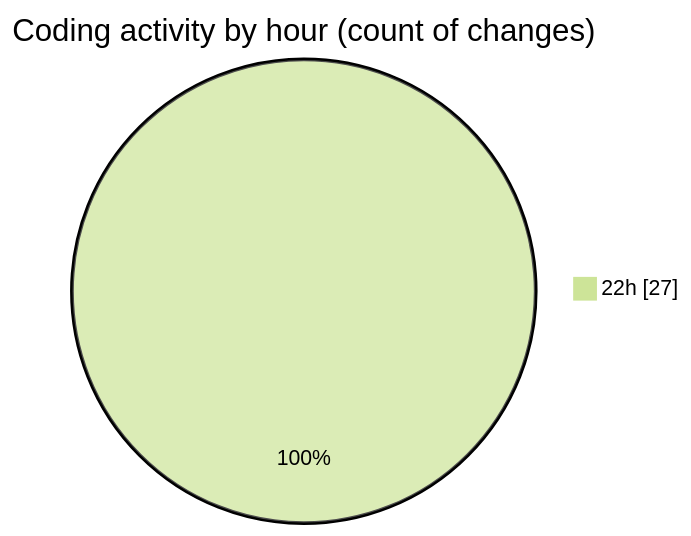
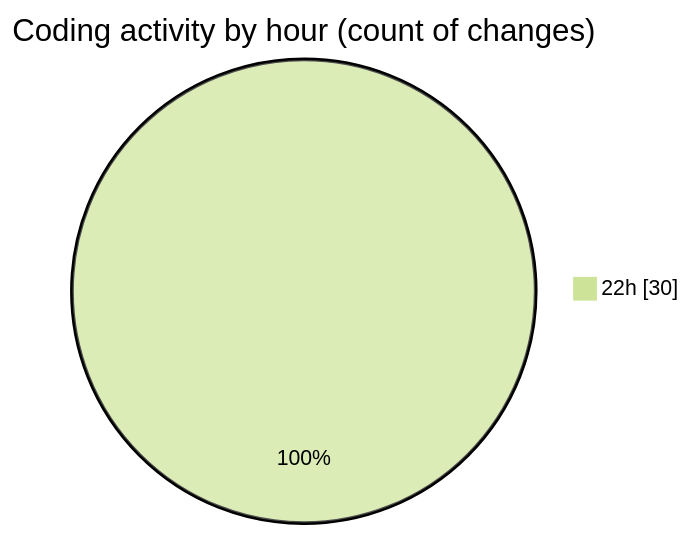
The second of 2 diagrams in 2025-12-25/java_basics/README.md (hasnaa123/code-tracking), drawn with Mermaid (forest theme) before and after one commit. The commit also changed other lines of this file and 1 other file, not shown here.

````diff
--- a/2025-12-25/java_basics/README.md
+++ b/2025-12-25/java_basics/README.md
@@ -37,5 +38,5 @@
 ```mermaid
 pie showData
 title Coding activity by hour (count of changes)
-"22h" : 27
+"22h" : 30
 ```
````
